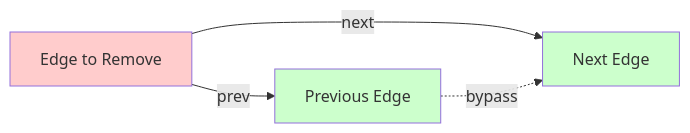
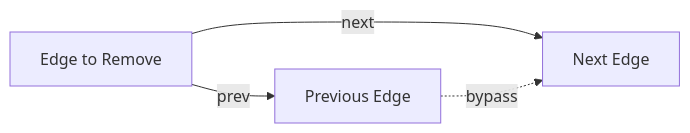
One commit to nexepic/zyx changed the fourth of 5 diagrams in docs/en/algorithms/relationship-traversal.md. Above: the diagram before and after it, drawn with Mermaid. The commit also changed other lines of this file and 13 other files, not shown here.

First line of the commit message:
fix: remove ASCII art and colorful diagrams from algorithm docs

````diff
--- a/docs/en/algorithms/relationship-traversal.md
+++ b/docs/en/algorithms/relationship-traversal.md
@@ -507,11 +495,8 @@
 ```mermaid
 graph LR
     A[Edge to Remove] -->|prev| B[Previous Edge]
     A -->|next| C[Next Edge]
 
     B -.->|bypass| C
 
-    style A fill:#ffcccc
-    style B fill:#ccffcc
-    style C fill:#ccffcc
 ```
````
